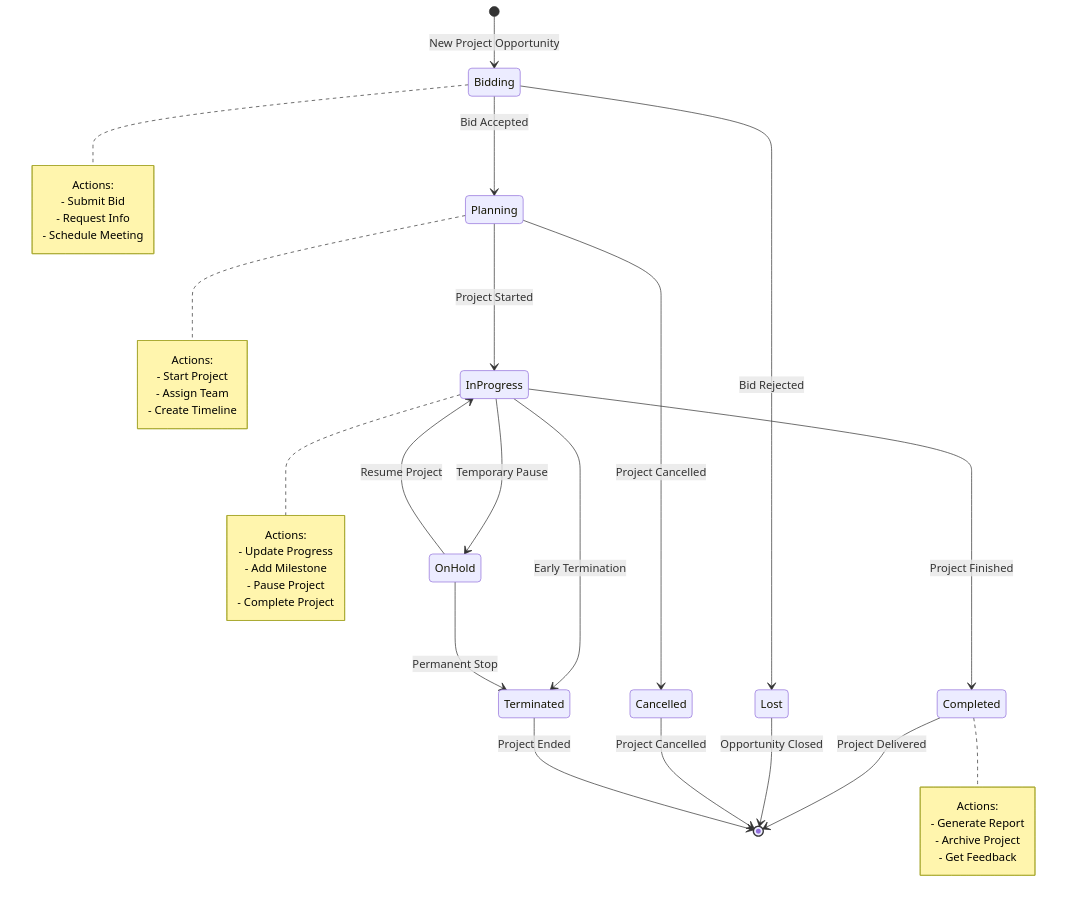
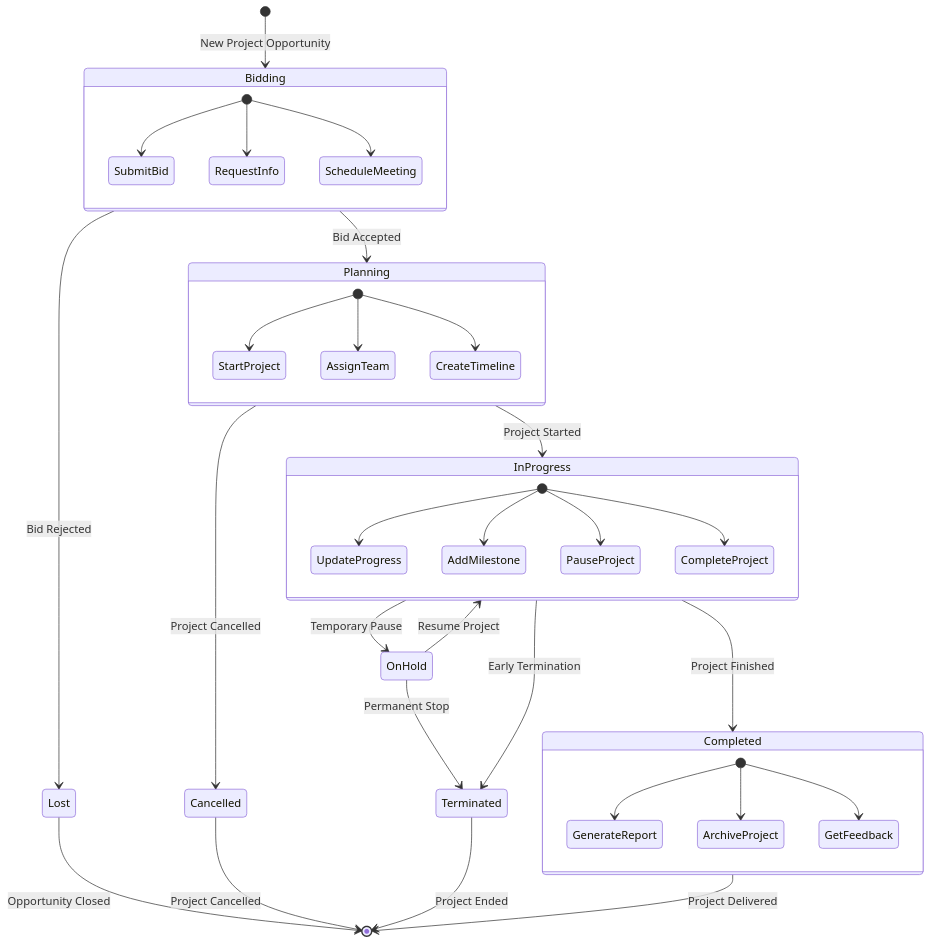
Before and after one commit to financeaiguy/humber-os: the third of 14 diagrams in README.md, drawn with Mermaid. The commit also changed other lines of this file, not shown here.

First line of the commit message:
fix: Correct Mermaid chart syntax for proper rendering

````diff
--- a/README.md
+++ b/README.md
@@ -162,51 +162,47 @@
 ```mermaid
 stateDiagram-v2
     [*] --> Bidding: New Project Opportunity
     
     Bidding --> Planning: Bid Accepted
     Bidding --> Lost: Bid Rejected
     
     Planning --> InProgress: Project Started
     Planning --> Cancelled: Project Cancelled
     
     InProgress --> OnHold: Temporary Pause
     InProgress --> Completed: Project Finished
     InProgress --> Terminated: Early Termination
     
     OnHold --> InProgress: Resume Project
     OnHold --> Terminated: Permanent Stop
     
     Completed --> [*]: Project Delivered
     Lost --> [*]: Opportunity Closed
     Cancelled --> [*]: Project Cancelled
     Terminated --> [*]: Project Ended
     
-    note right of Bidding
-        Actions:
-        - Submit Bid
-        - Request Info
-        - Schedule Meeting
-    end note
+    state Bidding {
+        [*] --> SubmitBid
+        [*] --> RequestInfo
+        [*] --> ScheduleMeeting
+    }
     
-    note right of Planning
-        Actions:
-        - Start Project
-        - Assign Team
-        - Create Timeline
-    end note
+    state Planning {
+        [*] --> StartProject
+        [*] --> AssignTeam
+        [*] --> CreateTimeline
+    }
     
-    note right of InProgress
-        Actions:
-        - Update Progress
-        - Add Milestone
-        - Pause Project
-        - Complete Project
-    end note
+    state InProgress {
+        [*] --> UpdateProgress
+        [*] --> AddMilestone
+        [*] --> PauseProject
+        [*] --> CompleteProject
+    }
     
-    note right of Completed
-        Actions:
-        - Generate Report
-        - Archive Project
-        - Get Feedback
-    end note
+    state Completed {
+        [*] --> GenerateReport
+        [*] --> ArchiveProject
+        [*] --> GetFeedback
+    }
 ```
````
